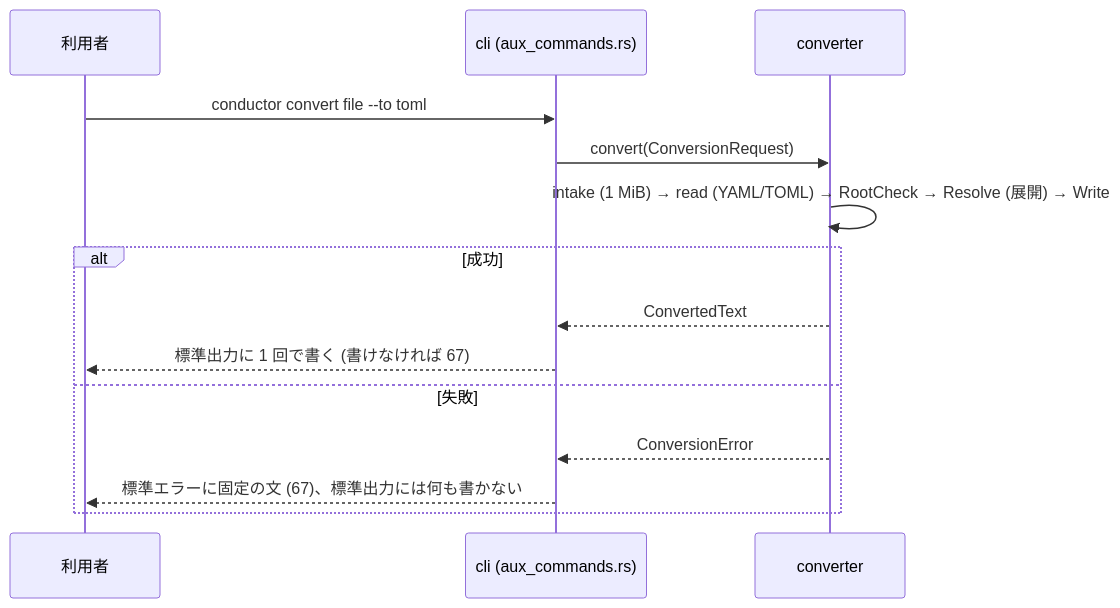
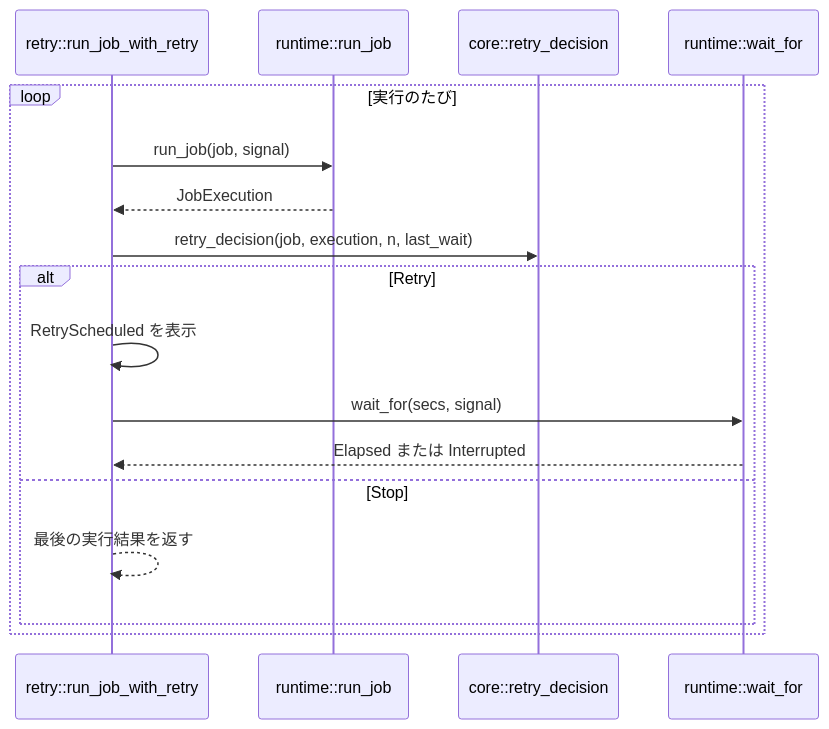
The third of 3 diagrams in aidlc/spaces/default/codekb/rust-job-conductor/architecture.md (agwlvssainokuni/rust-job-conductor), drawn with Mermaid before and after one commit. The commit also changed other lines of this file and 12 other files, not shown here.

Commit message:
AI-DLC: env-graph-dryrun-init の reverse-engineering を承認(コード知識ベースを全体の再スキャンで更新)

````diff
--- a/aidlc/spaces/default/codekb/rust-job-conductor/architecture.md
+++ b/aidlc/spaces/default/codekb/rust-job-conductor/architecture.md
@@ -168,16 +108,19 @@
 ```mermaid
 sequenceDiagram
-    participant U as 利用者
-    participant CLI as cli (aux_commands.rs)
-    participant CV as converter
-    U->>CLI: conductor convert file --to toml
-    CLI->>CV: convert(ConversionRequest)
-    CV->>CV: intake (1 MiB) → read (YAML/TOML) → RootCheck → Resolve (展開) → Write
-    alt 成功
-        CV-->>CLI: ConvertedText
-        CLI-->>U: 標準出力に 1 回で書く (書けなければ 67)
-    else 失敗
-        CV-->>CLI: ConversionError
-        CLI-->>U: 標準エラーに固定の文 (67)、標準出力には何も書かない
+    participant R as retry::run_job_with_retry
+    participant RT as runtime::run_job
+    participant C as core::retry_decision
+    participant W as runtime::wait_for
+    loop 実行のたび
+        R->>RT: run_job(job, signal)
+        RT-->>R: JobExecution
+        R->>C: retry_decision(job, execution, n, last_wait)
+        alt Retry
+            R->>R: RetryScheduled を表示
+            R->>W: wait_for(secs, signal)
+            W-->>R: Elapsed または Interrupted
+        else Stop
+            R-->>R: 最後の実行結果を返す
+        end
     end
 ```
````
